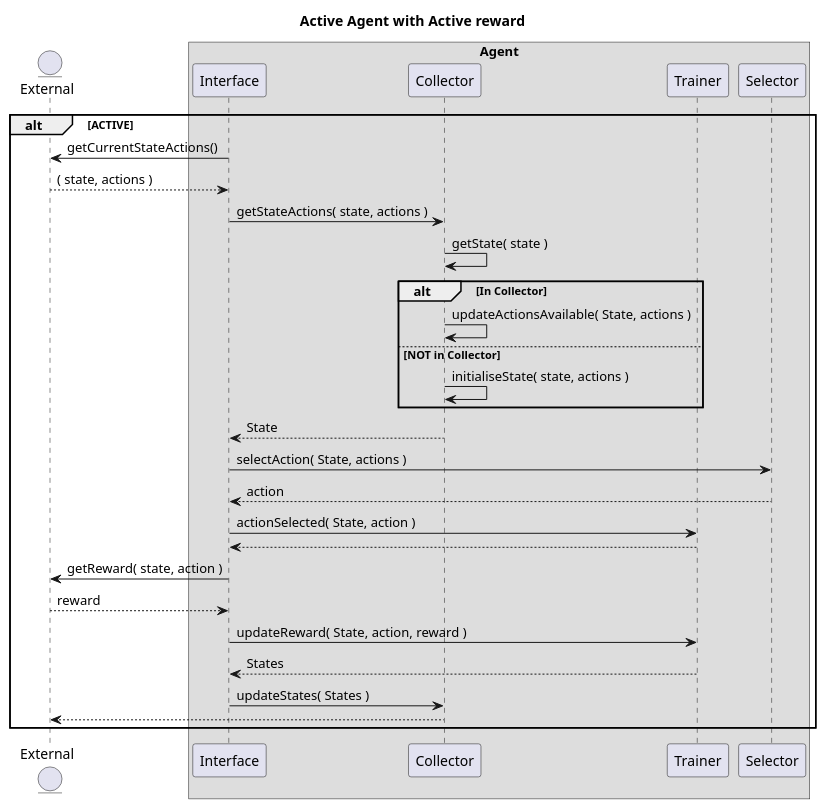
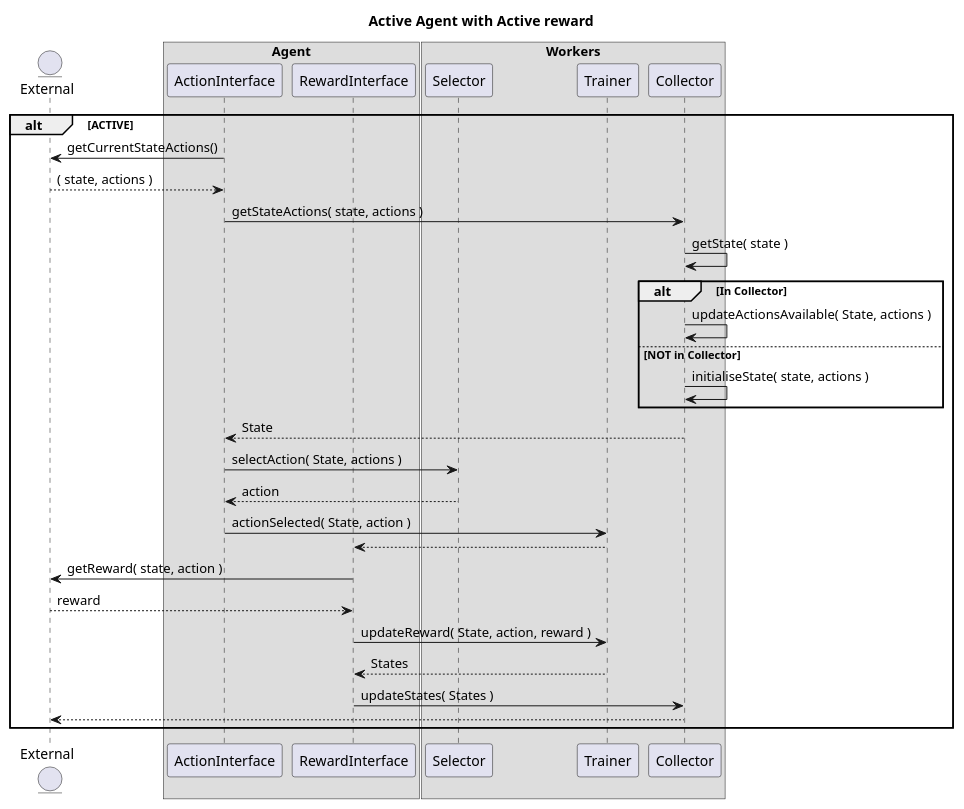
Before and after one commit to vhorta73/RL-Perl: the diagram in Uml/SequenceDiagram/Agent AA.plantuml, drawn with PlantUML. The commit also changed 3 other files, not shown here.

First line of the commit message:
Extending Sequence Diagrams

```diff
--- a/Uml/SequenceDiagram/Agent AA.plantuml
+++ b/Uml/SequenceDiagram/Agent AA.plantuml
@@ -1,39 +1,43 @@
 @startuml
 
 title Active Agent with Active reward
 
 entity External
+
 box "Agent"
-  participant Interface 
-  participant Collector
-  participant Trainer
-  participant Selector 
+  participant ActionInterface 
+  participant RewardInterface 
 end box
 
+box "Workers"
+  participant Selector 
+  participant Trainer
+  participant Collector
+end box
 
 alt ACTIVE
-  External    <- Interface : getCurrentStateActions()
-  External   --> Interface : ( state, actions )
-  Interface   -> Collector : getStateActions( state, actions )
+  External    <- ActionInterface : getCurrentStateActions()
+  External   --> ActionInterface : ( state, actions )
+  ActionInterface   -> Collector : getStateActions( state, actions )
   Collector   -> Collector : getState( state )
 
   alt In Collector
     Collector   -> Collector : updateActionsAvailable( State, actions )
   else NOT in Collector
     Collector   -> Collector : initialiseState( state, actions )
   end
 
-  Interface    <-- Collector : State
-  Interface     -> Selector  : selectAction( State, actions )
-  Interface    <-- Selector  : action
-  Interface     -> Trainer   : actionSelected( State, action )
-  Interface    <-- Trainer
-  External      <- Interface : getReward( state, action )
-  External     --> Interface : reward
-  Interface     -> Trainer   : updateReward( State, action, reward )
-  Interface    <-- Trainer   : States
-  Interface    ->  Collector : updateStates( States )
+  ActionInterface    <-- Collector : State
+  ActionInterface     -> Selector  : selectAction( State, actions )
+  ActionInterface    <-- Selector  : action
+  ActionInterface     -> Trainer   : actionSelected( State, action )
+  RewardInterface    <-- Trainer
+  External      <- RewardInterface : getReward( state, action )
+  External     --> RewardInterface : reward
+  RewardInterface     -> Trainer   : updateReward( State, action, reward )
+  RewardInterface    <-- Trainer   : States
+  RewardInterface    ->  Collector : updateStates( States )
   External     <-- Collector 
 end
 
 @enduml
```
